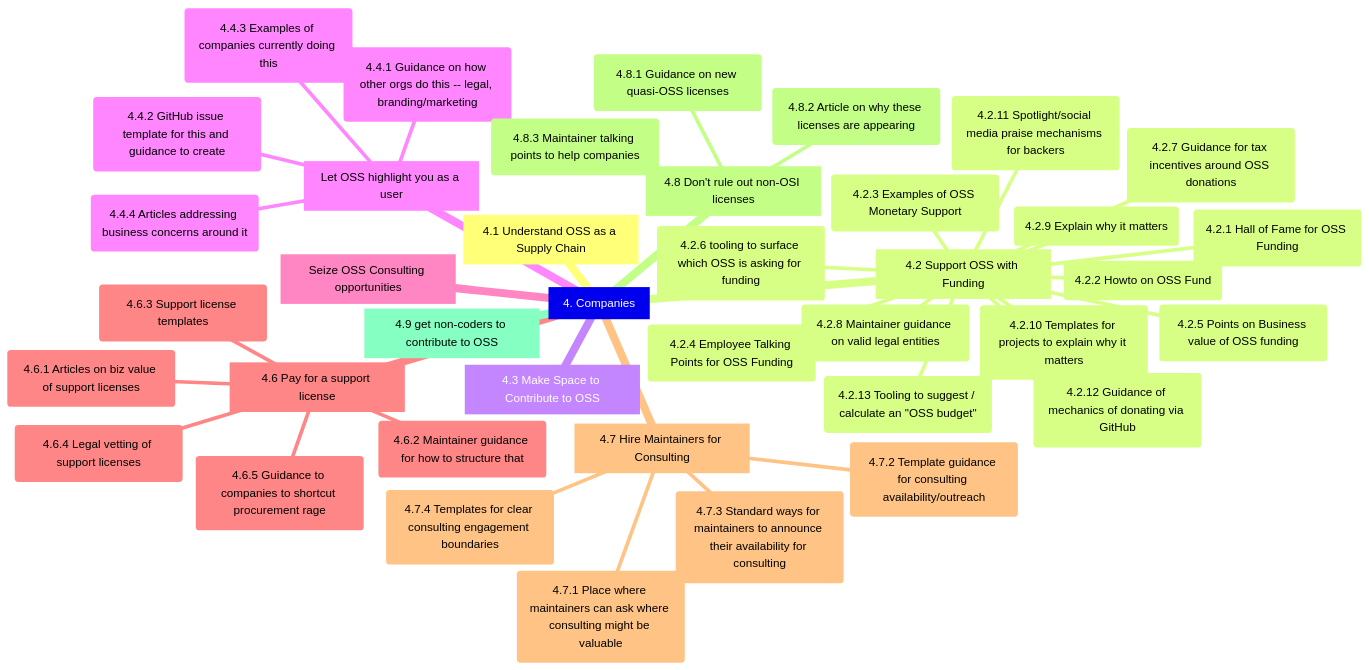
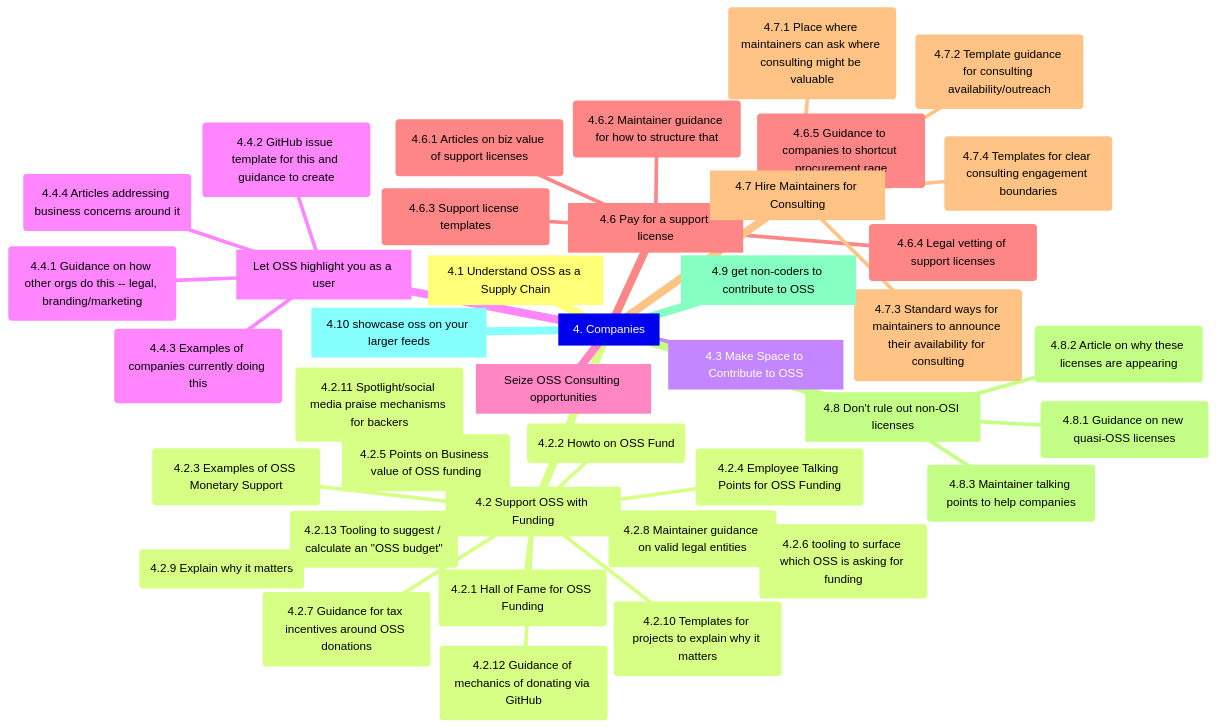
Before and after one commit to AWiderDotNET/home: the fourth of 9 diagrams in README.md, drawn with Mermaid. The commit also changed other lines of this file, not shown here.

````diff
--- a/README.md
+++ b/README.md
@@ -115,43 +118,44 @@
 ```mermaid
 mindmap
   4[4. Companies]
     4.1[4.1 Understand OSS as a Supply Chain]
     4.2[4.2 Support OSS with Funding]
       4.2.1(4.2.1 Hall of Fame for OSS Funding)
       4.2.2(4.2.2 Howto on OSS Fund)
       4.2.3(4.2.3 Examples of OSS Monetary Support)
       4.2.4(4.2.4 Employee Talking Points for OSS Funding)
       4.2.5(4.2.5 Points on Business value of OSS funding)
       4.2.6(4.2.6 tooling to surface which OSS is asking for funding)
       4.2.7(4.2.7 Guidance for tax incentives around OSS donations)
       4.2.8(4.2.8 Maintainer guidance on valid legal entities)
       4.2.9(4.2.9 Explain why it matters)
       4.2.10(4.2.10 Templates for projects to explain why it matters)
       4.2.11(4.2.11 Spotlight/social media praise mechanisms for backers)
       4.2.12(4.2.12 Guidance of mechanics of donating via GitHub)
       4.2.13(4.2.13 Tooling to suggest / calculate an "OSS budget")
     4.3[4.3 Make Space to Contribute to OSS]
     4.4[Let OSS highlight you as a user]
       4.4.1(4.4.1 Guidance on how other orgs do this -- legal, branding/marketing)
       4.4.2(4.4.2 GitHub issue template for this and guidance to create)
       4.4.3(4.4.3 Examples of companies currently doing this)
       4.4.4(4.4.4 Articles addressing business concerns around it)
     4.5[Seize OSS Consulting opportunities]
     4.6[4.6 Pay for a support license]
       4.6.1(4.6.1 Articles on biz value of support licenses)
       4.6.2(4.6.2 Maintainer guidance for how to structure that)
       4.6.3(4.6.3 Support license templates)
       4.6.4(4.6.4 Legal vetting of support licenses)
       4.6.5(4.6.5 Guidance to companies to shortcut procurement rage)
     4.7[4.7 Hire Maintainers for Consulting]
       4.7.1(4.7.1 Place where maintainers can ask where consulting might be valuable)
       4.7.2(4.7.2 Template guidance for consulting availability/outreach)
       4.7.3(4.7.3 Standard ways for maintainers to announce their availability for consulting)
       4.7.4(4.7.4 Templates for clear consulting engagement boundaries)
     4.8[4.8 Don't rule out non-OSI licenses]
       4.8.1(4.8.1 Guidance on new quasi-OSS licenses)
       4.8.2(4.8.2 Article on why these licenses are appearing)
       4.8.3(4.8.3 Maintainer talking points to help companies)
     4.9[4.9 get non-coders to contribute to OSS]
+    4.10[4.10 showcase oss on your larger feeds]
 
 ```
````
